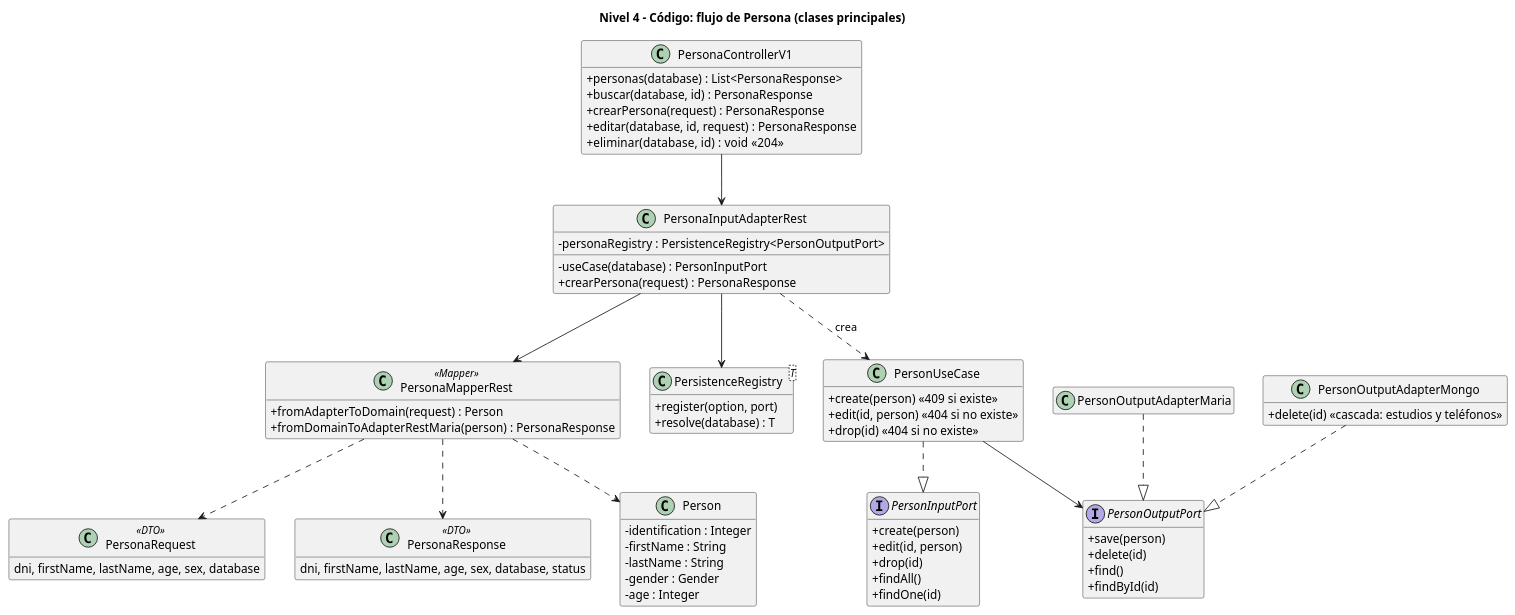
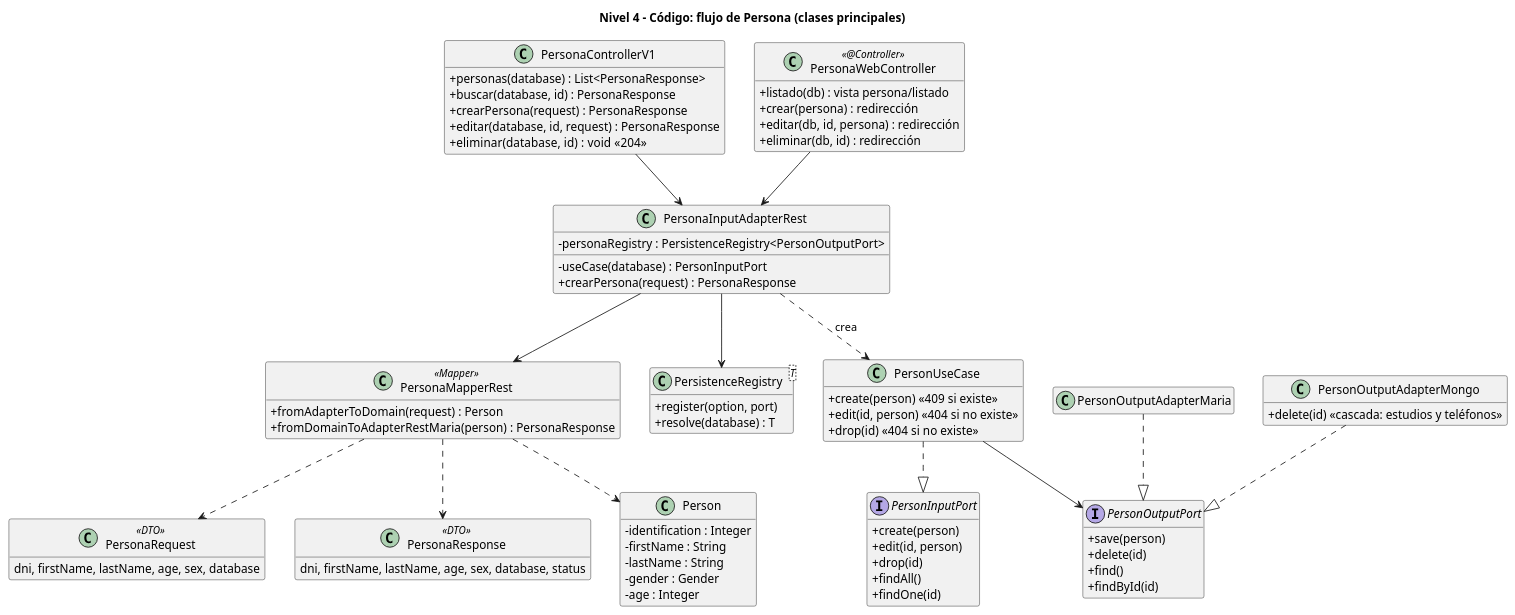
Before and after one commit to andres-karoll/personapp-hexa-spring-boot: the diagram in docs/diagramas/05_codigo.puml, drawn with PlantUML. The commit also changed 14 other files, not shown here.

First line of the commit message:
Actualiza diagramas C4 con las pantallas web

```diff
--- a/docs/diagramas/05_codigo.puml
+++ b/docs/diagramas/05_codigo.puml
@@ -1,73 +1,80 @@
 @startuml 05_codigo
 title Nivel 4 - Código: flujo de Persona (clases principales)
 hide empty members
 skinparam classAttributeIconSize 0
 
 class PersonaControllerV1 {
   +personas(database) : List<PersonaResponse>
   +buscar(database, id) : PersonaResponse
   +crearPersona(request) : PersonaResponse
   +editar(database, id, request) : PersonaResponse
   +eliminar(database, id) : void  <<204>>
+}
+class PersonaWebController <<@Controller>> {
+  +listado(db) : vista persona/listado
+  +crear(persona) : redirección
+  +editar(db, id, persona) : redirección
+  +eliminar(db, id) : redirección
 }
 class PersonaInputAdapterRest {
   -personaRegistry : PersistenceRegistry<PersonOutputPort>
   -useCase(database) : PersonInputPort
   +crearPersona(request) : PersonaResponse
 }
 interface PersonInputPort {
   +create(person)
   +edit(id, person)
   +drop(id)
   +findAll()
   +findOne(id)
 }
 interface PersonOutputPort {
   +save(person)
   +delete(id)
   +find()
   +findById(id)
 }
 class PersonUseCase {
   +create(person) <<409 si existe>>
   +edit(id, person) <<404 si no existe>>
   +drop(id) <<404 si no existe>>
 }
 class PersonOutputAdapterMaria
 class PersonOutputAdapterMongo {
   +delete(id) <<cascada: estudios y teléfonos>>
 }
 class PersistenceRegistry<T> {
   +register(option, port)
   +resolve(database) : T
 }
 class Person {
   -identification : Integer
   -firstName : String
   -lastName : String
   -gender : Gender
   -age : Integer
 }
 class PersonaRequest <<DTO>> {
   dni, firstName, lastName, age, sex, database
 }
 class PersonaResponse <<DTO>> {
   dni, firstName, lastName, age, sex, database, status
 }
 class PersonaMapperRest <<Mapper>> {
   +fromAdapterToDomain(request) : Person
   +fromDomainToAdapterRestMaria(person) : PersonaResponse
 }
 
 PersonaControllerV1 --> PersonaInputAdapterRest
+PersonaWebController --> PersonaInputAdapterRest
 PersonaInputAdapterRest --> PersistenceRegistry
 PersonaInputAdapterRest ..> PersonUseCase : crea
 PersonaInputAdapterRest --> PersonaMapperRest
 PersonUseCase ..|> PersonInputPort
 PersonUseCase --> PersonOutputPort
 PersonOutputAdapterMaria ..|> PersonOutputPort
 PersonOutputAdapterMongo ..|> PersonOutputPort
 PersonaMapperRest ..> Person
 PersonaMapperRest ..> PersonaRequest
 PersonaMapperRest ..> PersonaResponse
 @enduml
```
